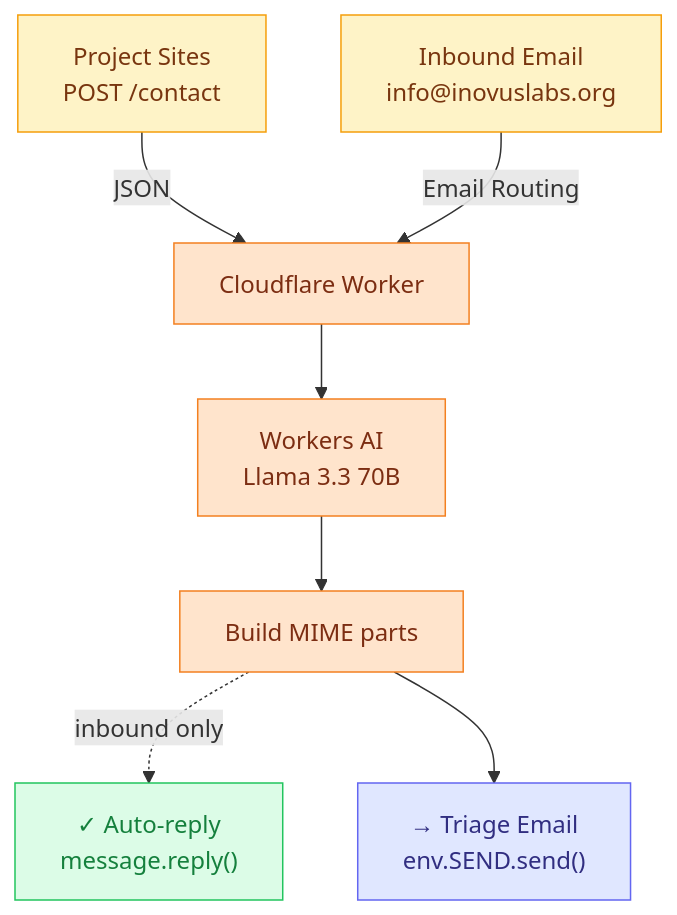
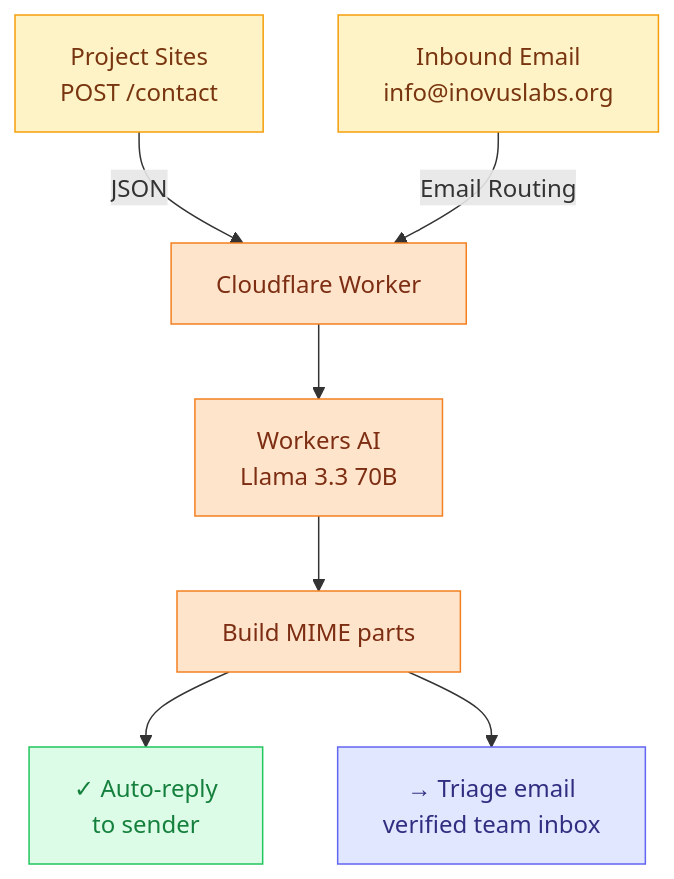
The diagram in README.md (inovus-labs/support-email-worker), drawn with Mermaid before and after one commit. The commit also changed other lines of this file and 1 other file, not shown here.

Commit message:
fix: update contact route to send both reply and triage emails concurrently

````diff
--- a/README.md
+++ b/README.md
@@ -11,29 +11,29 @@
 ```mermaid
 flowchart TD
     %% ── Inputs ──────────────────────────────────
     F["Project Sites<br/>POST /contact"]:::form
     E["Inbound Email<br/>info@inovuslabs.org"]:::email
 
     %% ── Processing pipeline ─────────────────────
     W["Cloudflare Worker"]:::cf
     AI["Workers AI<br/>Llama 3.3 70B"]:::cf
     BUILD["Build MIME parts"]:::cf
 
     %% ── Outputs ─────────────────────────────────
-    REPLY["✓ Auto-reply<br/>message.reply()"]:::reply
-    TRIAGE["→ Triage Email<br/>env.SEND.send()"]:::triage
+    REPLY["✓ Auto-reply<br/>to sender"]:::reply
+    TRIAGE["→ Triage email<br/>verified team inbox"]:::triage
 
     %% ── Flow ────────────────────────────────────
     F -->|JSON| W
     E -->|Email Routing| W
     W --> AI
     AI --> BUILD
-    BUILD -.->|inbound only| REPLY
+    BUILD --> REPLY
     BUILD --> TRIAGE
 
     classDef form   fill:#FEF3C7,stroke:#F59E0B,color:#78350F;
     classDef email  fill:#FEF3C7,stroke:#F59E0B,color:#78350F;
     classDef cf     fill:#FFE4CC,stroke:#F38020,color:#7C2D12;
     classDef reply  fill:#DCFCE7,stroke:#22C55E,color:#15803D;
     classDef triage fill:#E0E7FF,stroke:#6366F1,color:#312E81;
 ```
````
